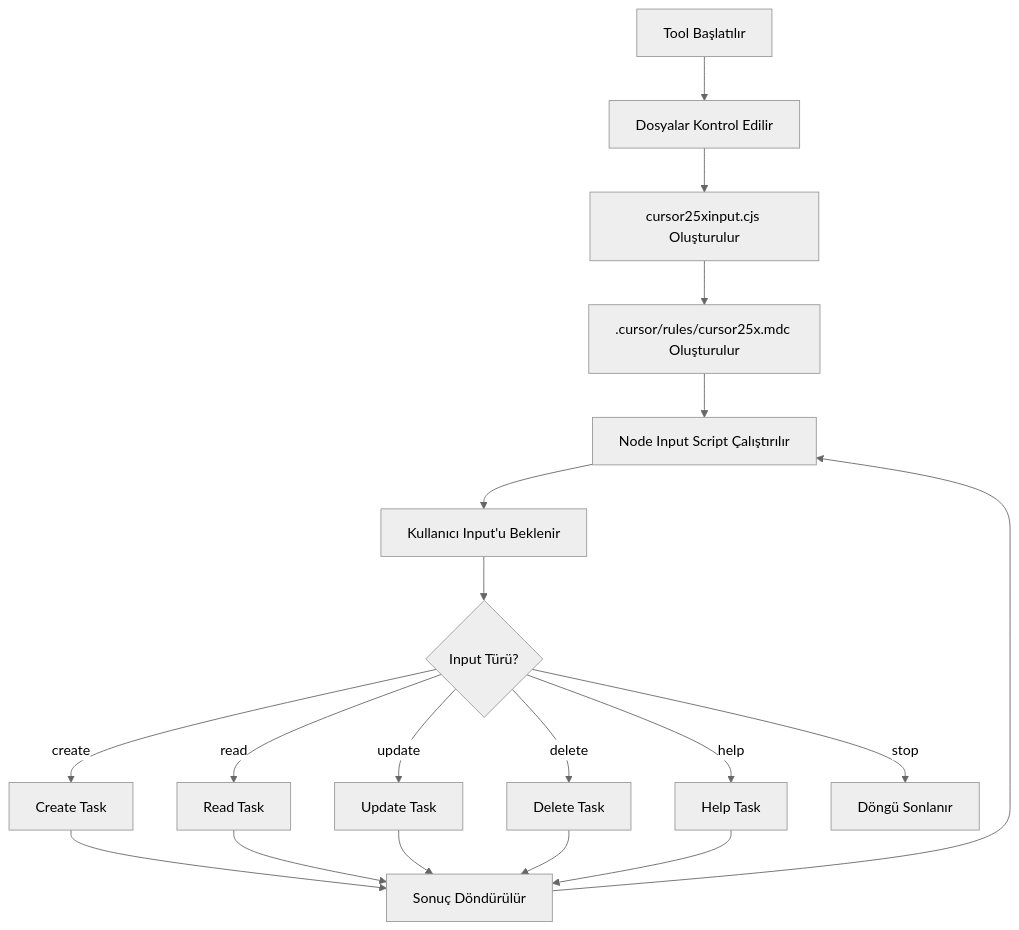
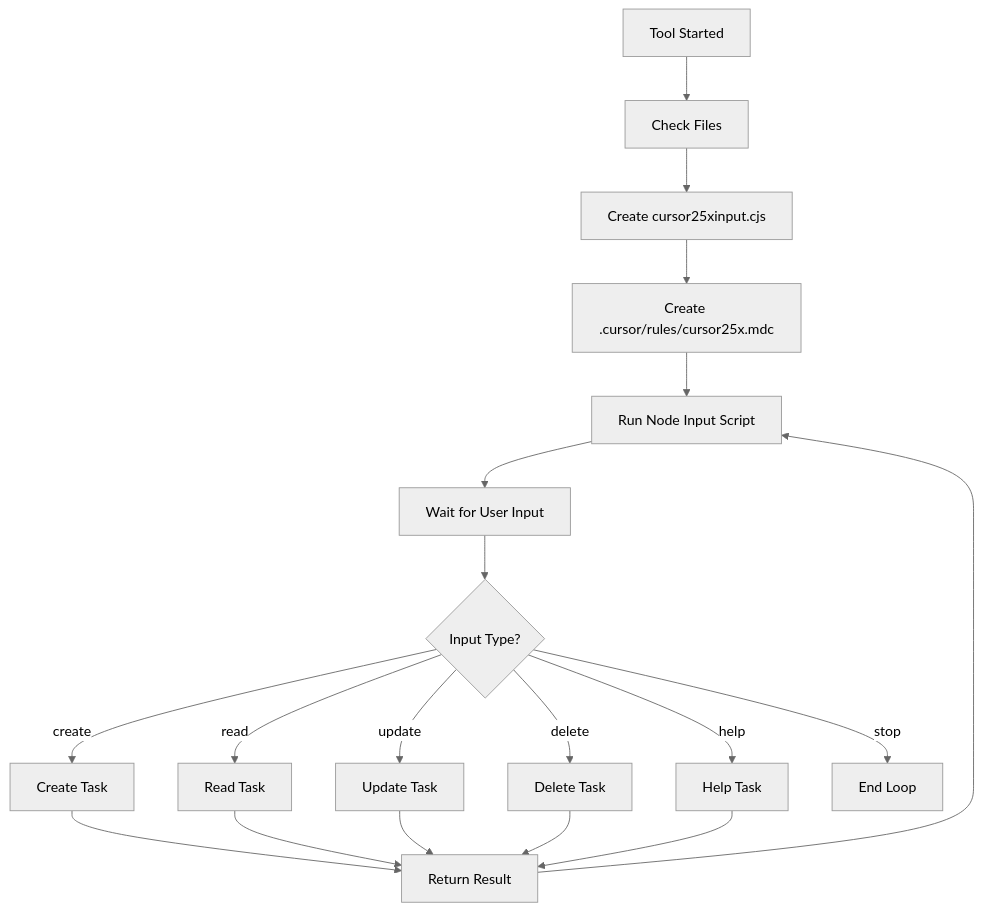
One commit to tuncer-byte/cursor25x changed the diagram in README.md. Above: the diagram before and after it, drawn with Mermaid (neutral theme). The commit also changed other lines of this file, not shown here.

````diff
--- a/README.md
+++ b/README.md
@@ -71,21 +71,21 @@
 ```mermaid
 graph TD
-    A[Tool Başlatılır] --> B[Dosyalar Kontrol Edilir]
-    B --> C[cursor25xinput.cjs Oluşturulur]
-    C --> D[.cursor/rules/cursor25x.mdc Oluşturulur]
-    D --> E[Node Input Script Çalıştırılır]
-    E --> F[Kullanıcı Input'u Beklenir]
-    F --> G{Input Türü?}
+    A[Tool Started] --> B[Check Files]
+    B --> C[Create cursor25xinput.cjs]
+    C --> D[Create .cursor/rules/cursor25x.mdc]
+    D --> E[Run Node Input Script]
+    E --> F[Wait for User Input]
+    F --> G{Input Type?}
     G -->|"create"| H[Create Task]
     G -->|"read"| I[Read Task]
     G -->|"update"| J[Update Task]
     G -->|"delete"| K[Delete Task]
     G -->|"help"| L[Help Task]
-    G -->|"stop"| M[Döngü Sonlanır]
-    H --> N[Sonuç Döndürülür]
+    G -->|"stop"| M[End Loop]
+    H --> N[Return Result]
     I --> N
     J --> N
     K --> N
     L --> N
     N --> E
 ```
````
